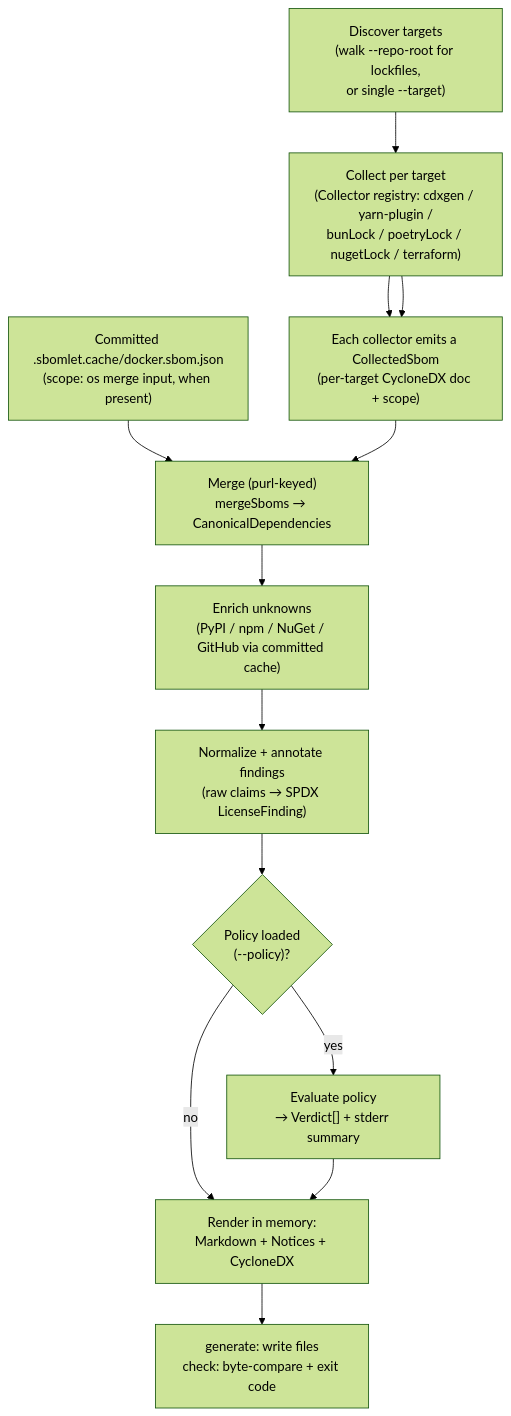
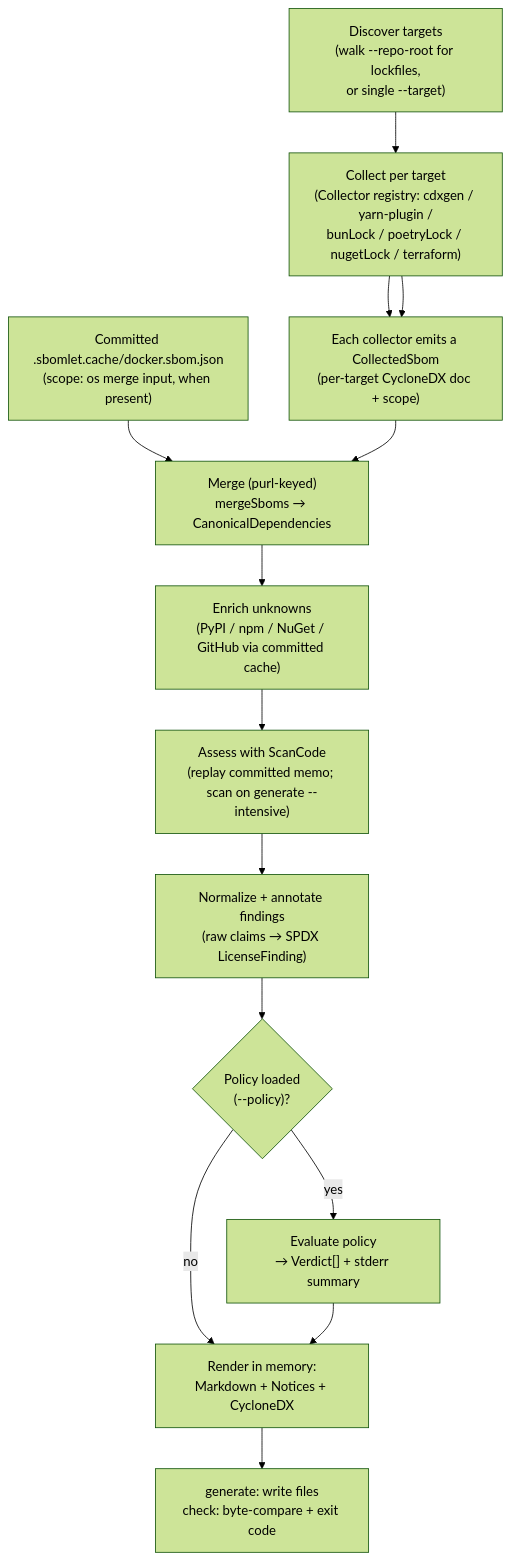
The first of 2 diagrams in docs/explanation/architecture.md (Anansi-Solutions/SBOMlet), drawn with Mermaid (forest theme) before and after one commit. The commit also changed other lines of this file and 3 other files, not shown here.

First line of the commit message:
docs(explanation): document the ScanCode assessment stage

````diff
--- a/docs/explanation/architecture.md
+++ b/docs/explanation/architecture.md
@@ -70,15 +71,16 @@
 ```mermaid
 flowchart TD
     A["Discover targets<br/>(walk --repo-root for lockfiles,<br/>or single --target)"] --> B
     B["Collect per target<br/>(Collector registry: cdxgen / yarn-plugin /<br/>bunLock / poetryLock / nugetLock / terraform)"] --> C
     OS["Committed .sbomlet.cache/docker.sbom.json<br/>(scope: os merge input, when present)"] --> D
     B --> C["Each collector emits a CollectedSbom<br/>(per-target CycloneDX doc + scope)"]
     C --> D["Merge (purl-keyed)<br/>mergeSboms → CanonicalDependencies"]
     D --> E["Enrich unknowns<br/>(PyPI / npm / NuGet / GitHub via committed cache)"]
-    E --> F["Normalize + annotate findings<br/>(raw claims → SPDX LicenseFinding)"]
+    E --> EA["Assess with ScanCode<br/>(replay committed memo; scan on generate --intensive)"]
+    EA --> F["Normalize + annotate findings<br/>(raw claims → SPDX LicenseFinding)"]
     F --> G{"Policy loaded<br/>(--policy)?"}
     G -->|yes| H["Evaluate policy<br/>→ Verdict[] + stderr summary"]
     G -->|no| I
     H --> I["Render in memory:<br/>Markdown + Notices + CycloneDX"]
     I --> J["generate: write files<br/>check: byte-compare + exit code"]
 ```
````
